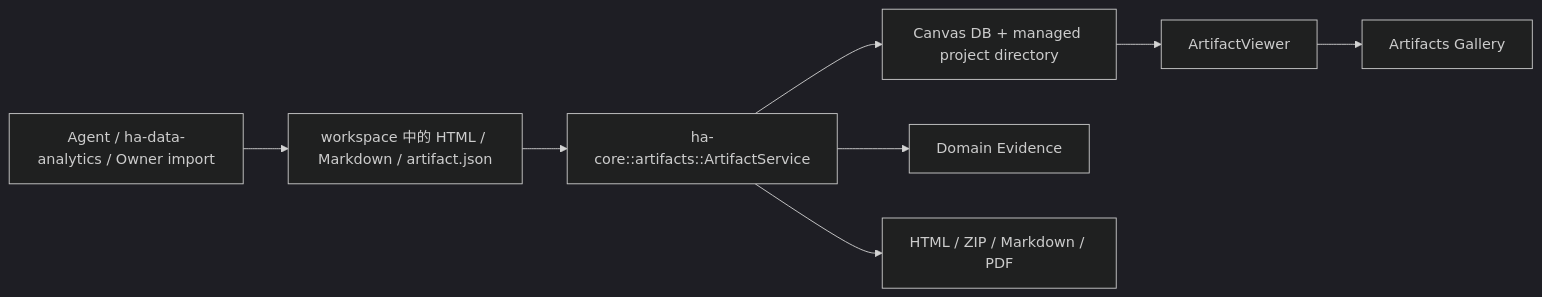
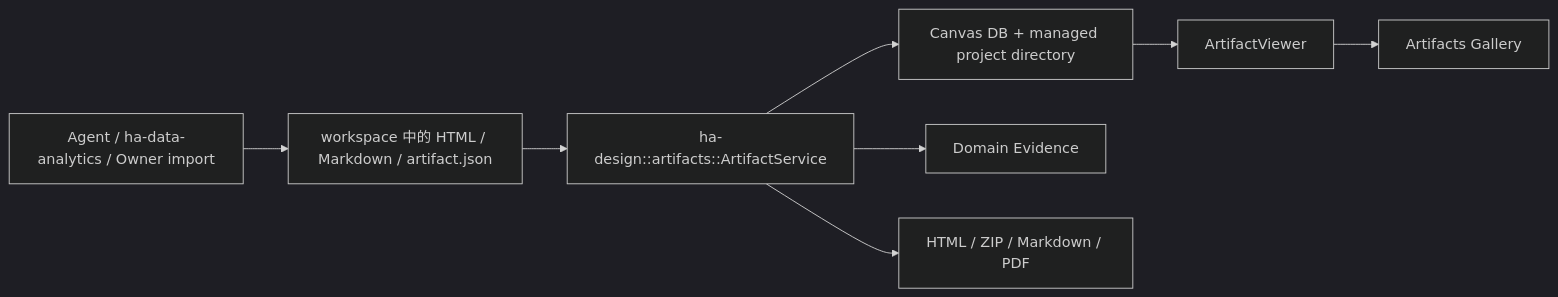
The diagram in mirrors/repos/shiwenwen@hope-agent/docs/architecture/artifacts.md (gabrielmoreira/agent-skills-mirror), drawn with Mermaid (dark theme) before and after one commit. The commit also changed other lines of this file and 2966 other files, not shown here.

````diff
--- a/mirrors/repos/shiwenwen@hope-agent/docs/architecture/artifacts.md
+++ b/mirrors/repos/shiwenwen@hope-agent/docs/architecture/artifacts.md
@@ -13,18 +13,18 @@
 ```mermaid
 flowchart LR
     Producer["Agent / ha-data-analytics / Owner import"]
     File["workspace 中的 HTML / Markdown / artifact.json"]
-    Service["ha-core::artifacts::ArtifactService"]
+    Service["ha-design::artifacts::ArtifactService"]
     Canvas["Canvas DB + managed project directory"]
     Evidence["Domain Evidence"]
     Viewer["ArtifactViewer"]
     Gallery["Artifacts Gallery"]
     Export["HTML / ZIP / Markdown / PDF"]
 
     Producer --> File --> Service
     Service --> Canvas
     Service --> Evidence
     Canvas --> Viewer
     Viewer --> Gallery
     Service --> Export
 ```
````
